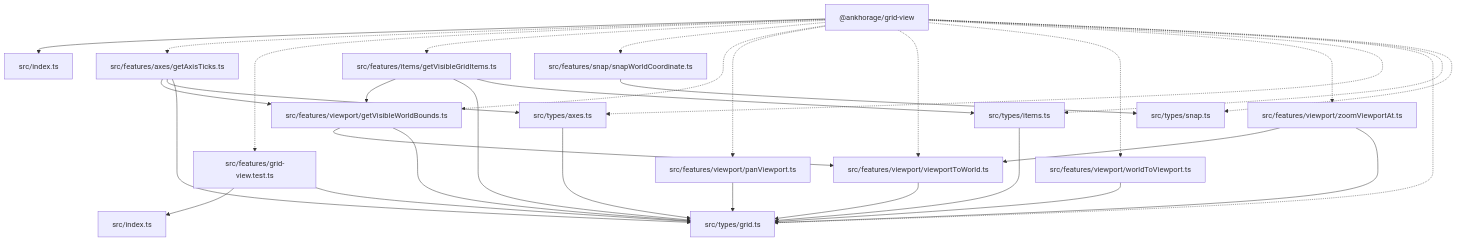
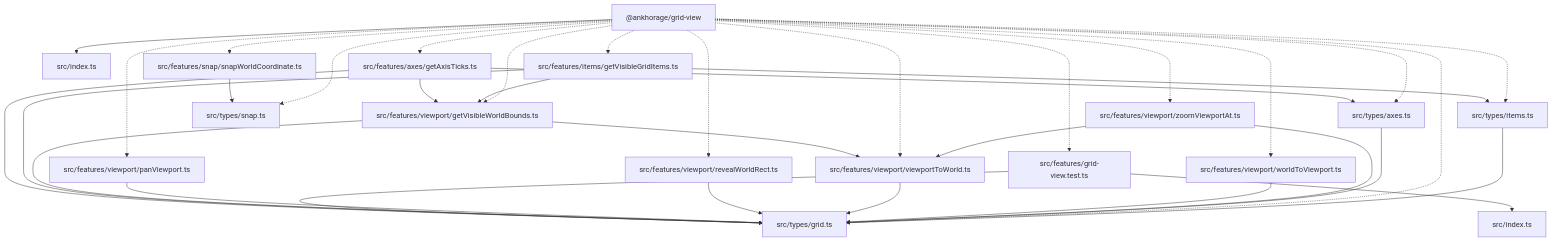
One commit to ankhorage/grid-view changed the diagram in docs/diagrams/architecture-overview.mmd. Above: the diagram before and after it, drawn with Mermaid. The commit also changed 13 other files, not shown here.

```diff
--- a/docs/diagrams/architecture-overview.mmd
+++ b/docs/diagrams/architecture-overview.mmd
@@ -1,49 +1,52 @@
 graph TD
   package__ankhorage_grid_view["@ankhorage/grid-view"]
   entrypoint_src_index_ts["src/index.ts"]
   package__ankhorage_grid_view --> entrypoint_src_index_ts
   module_src_features_axes_getAxisTicks_ts["src/features/axes/getAxisTicks.ts"]
   package__ankhorage_grid_view -.-> module_src_features_axes_getAxisTicks_ts
   module_src_features_axes_getAxisTicks_ts --> module_src_features_viewport_getVisibleWorldBounds_ts
   module_src_features_axes_getAxisTicks_ts --> module_src_types_axes_ts
   module_src_features_axes_getAxisTicks_ts --> module_src_types_grid_ts
   module_src_features_grid_view_test_ts["src/features/grid-view.test.ts"]
   package__ankhorage_grid_view -.-> module_src_features_grid_view_test_ts
   module_src_features_grid_view_test_ts --> module_src_index_ts
   module_src_features_grid_view_test_ts --> module_src_types_grid_ts
   module_src_features_items_getVisibleGridItems_ts["src/features/items/getVisibleGridItems.ts"]
   package__ankhorage_grid_view -.-> module_src_features_items_getVisibleGridItems_ts
   module_src_features_items_getVisibleGridItems_ts --> module_src_features_viewport_getVisibleWorldBounds_ts
   module_src_features_items_getVisibleGridItems_ts --> module_src_types_grid_ts
   module_src_features_items_getVisibleGridItems_ts --> module_src_types_items_ts
   module_src_features_snap_snapWorldCoordinate_ts["src/features/snap/snapWorldCoordinate.ts"]
   package__ankhorage_grid_view -.-> module_src_features_snap_snapWorldCoordinate_ts
   module_src_features_snap_snapWorldCoordinate_ts --> module_src_types_snap_ts
   module_src_features_viewport_getVisibleWorldBounds_ts["src/features/viewport/getVisibleWorldBounds.ts"]
   package__ankhorage_grid_view -.-> module_src_features_viewport_getVisibleWorldBounds_ts
   module_src_features_viewport_getVisibleWorldBounds_ts --> module_src_features_viewport_viewportToWorld_ts
   module_src_features_viewport_getVisibleWorldBounds_ts --> module_src_types_grid_ts
   module_src_features_viewport_panViewport_ts["src/features/viewport/panViewport.ts"]
   package__ankhorage_grid_view -.-> module_src_features_viewport_panViewport_ts
   module_src_features_viewport_panViewport_ts --> module_src_types_grid_ts
+  module_src_features_viewport_revealWorldRect_ts["src/features/viewport/revealWorldRect.ts"]
+  package__ankhorage_grid_view -.-> module_src_features_viewport_revealWorldRect_ts
+  module_src_features_viewport_revealWorldRect_ts --> module_src_types_grid_ts
   module_src_features_viewport_viewportToWorld_ts["src/features/viewport/viewportToWorld.ts"]
   package__ankhorage_grid_view -.-> module_src_features_viewport_viewportToWorld_ts
   module_src_features_viewport_viewportToWorld_ts --> module_src_types_grid_ts
   module_src_features_viewport_worldToViewport_ts["src/features/viewport/worldToViewport.ts"]
   package__ankhorage_grid_view -.-> module_src_features_viewport_worldToViewport_ts
   module_src_features_viewport_worldToViewport_ts --> module_src_types_grid_ts
   module_src_features_viewport_zoomViewportAt_ts["src/features/viewport/zoomViewportAt.ts"]
   package__ankhorage_grid_view -.-> module_src_features_viewport_zoomViewportAt_ts
   module_src_features_viewport_zoomViewportAt_ts --> module_src_features_viewport_viewportToWorld_ts
   module_src_features_viewport_zoomViewportAt_ts --> module_src_types_grid_ts
   module_src_index_ts["src/index.ts"]
   module_src_types_axes_ts["src/types/axes.ts"]
   package__ankhorage_grid_view -.-> module_src_types_axes_ts
   module_src_types_axes_ts --> module_src_types_grid_ts
   module_src_types_grid_ts["src/types/grid.ts"]
   package__ankhorage_grid_view -.-> module_src_types_grid_ts
   module_src_types_items_ts["src/types/items.ts"]
   package__ankhorage_grid_view -.-> module_src_types_items_ts
   module_src_types_items_ts --> module_src_types_grid_ts
   module_src_types_snap_ts["src/types/snap.ts"]
   package__ankhorage_grid_view -.-> module_src_types_snap_ts
```
